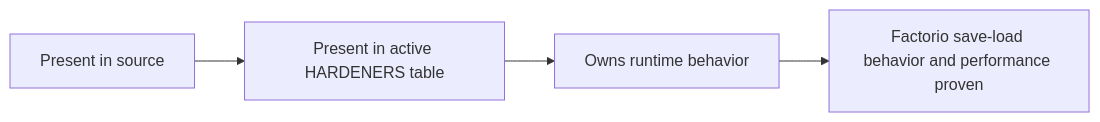
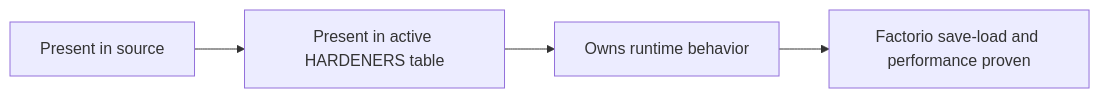
One commit to mrcalzon02/Tech-Priests changed the first of 11 diagrams in docs/RECOVERY_AUTHORITY_MAP_CURRENT.md. Above: the diagram before and after it, drawn with Mermaid. The commit also changed other lines of this file, not shown here.

````diff
--- a/docs/RECOVERY_AUTHORITY_MAP_CURRENT.md
+++ b/docs/RECOVERY_AUTHORITY_MAP_CURRENT.md
@@ -14,8 +14,8 @@
 ```mermaid
 flowchart LR
     Present[Present in source]
     Active[Present in active HARDENERS table]
     Authority[Owns runtime behavior]
-    Proven[Factorio save-load behavior and performance proven]
+    Proven[Factorio save-load and performance proven]
     Present --> Active --> Authority --> Proven
 ```
````
